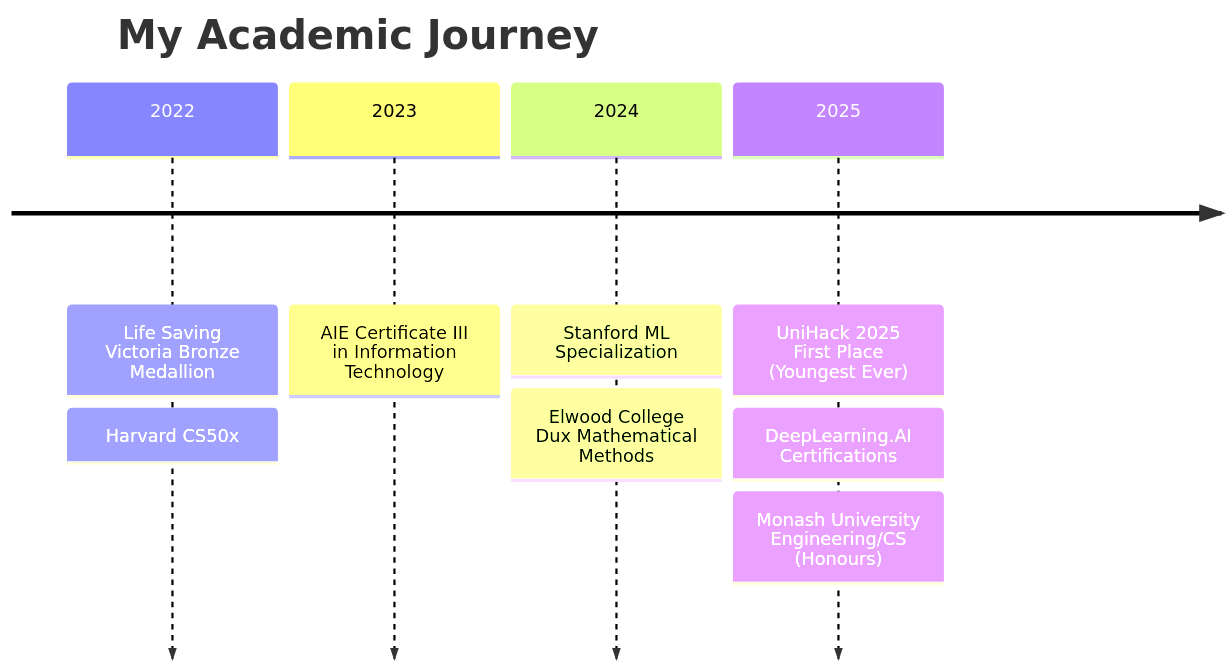
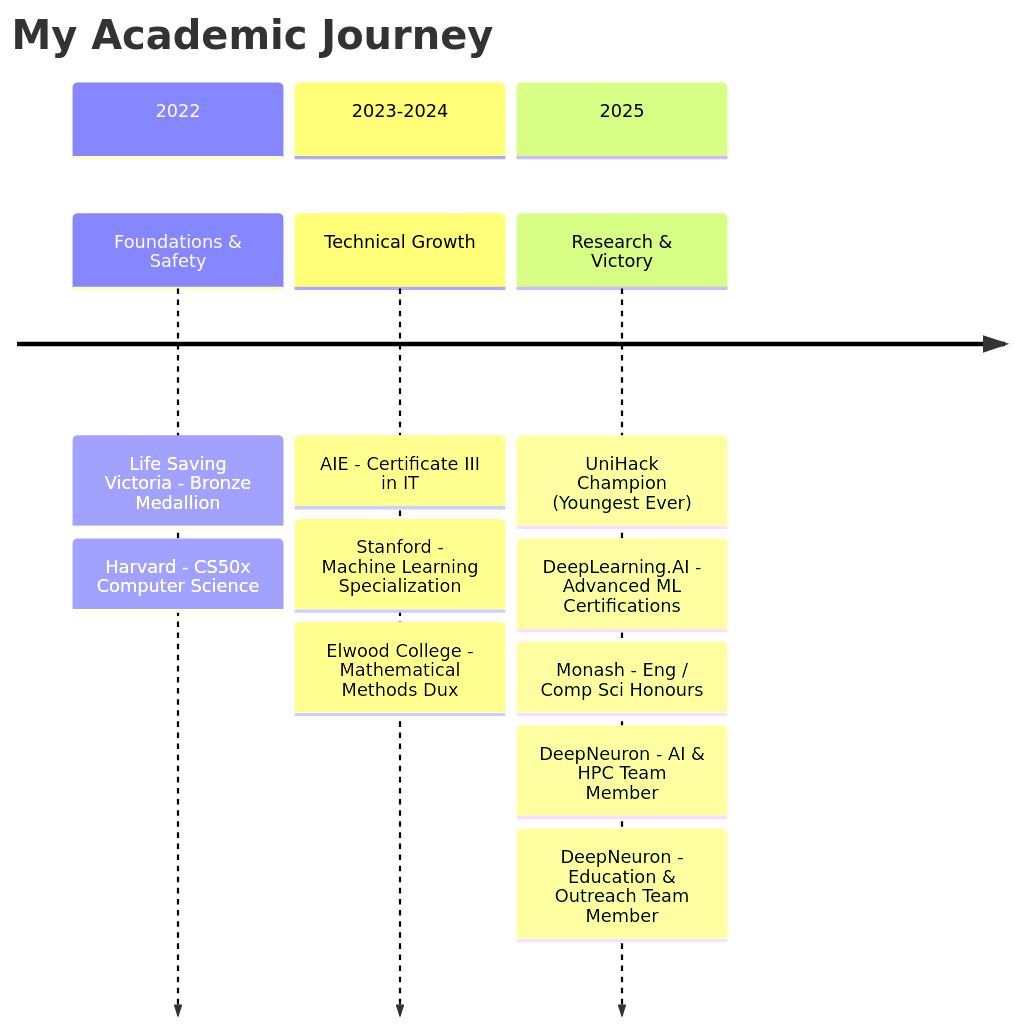
Before and after one commit to LucaLow/LucaLow: the diagram in README.md, drawn with Mermaid. The commit also changed other lines of this file, not shown here.

````diff
--- a/README.md
+++ b/README.md
@@ -114,8 +124,17 @@
 ```mermaid
 timeline
     title My Academic Journey
-    2022 : Life Saving Victoria Bronze Medallion : Harvard CS50x
-    2023 : AIE Certificate III in Information Technology
-    2024 : Stanford ML Specialization : Elwood College Dux Mathematical Methods
-    2025 : UniHack 2025 First Place (Youngest Ever) : DeepLearning.AI Certifications : Monash University Engineering/CS (Honours)
+    section 2022
+      Foundations & Safety : Life Saving Victoria - Bronze Medallion
+                          : Harvard - CS50x Computer Science
+    section 2023-2024
+      Technical Growth : AIE - Certificate III in IT
+                      : Stanford - Machine Learning Specialization
+                      : Elwood College - Mathematical Methods Dux
+    section 2025
+      Research & Victory : UniHack Champion (Youngest Ever)
+                        : DeepLearning.AI - Advanced ML Certifications
+                        : Monash - Eng / Comp Sci Honours
+                        : DeepNeuron - AI & HPC Team Member
+                        : DeepNeuron - Education & Outreach Team Member
 ```
````
